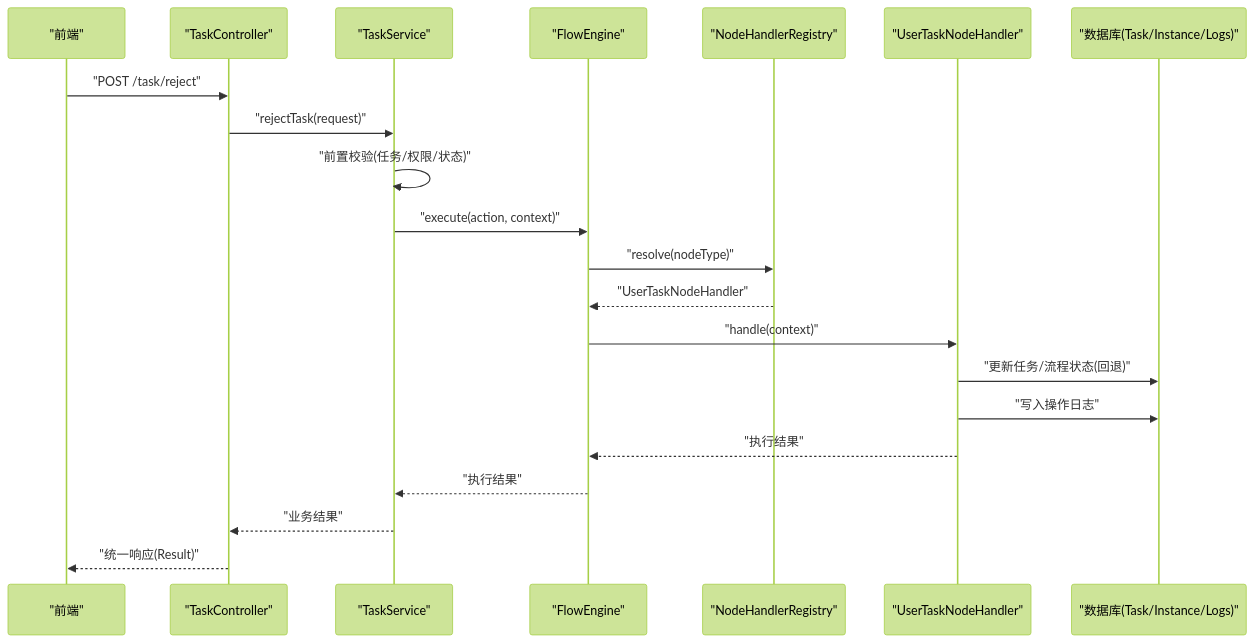
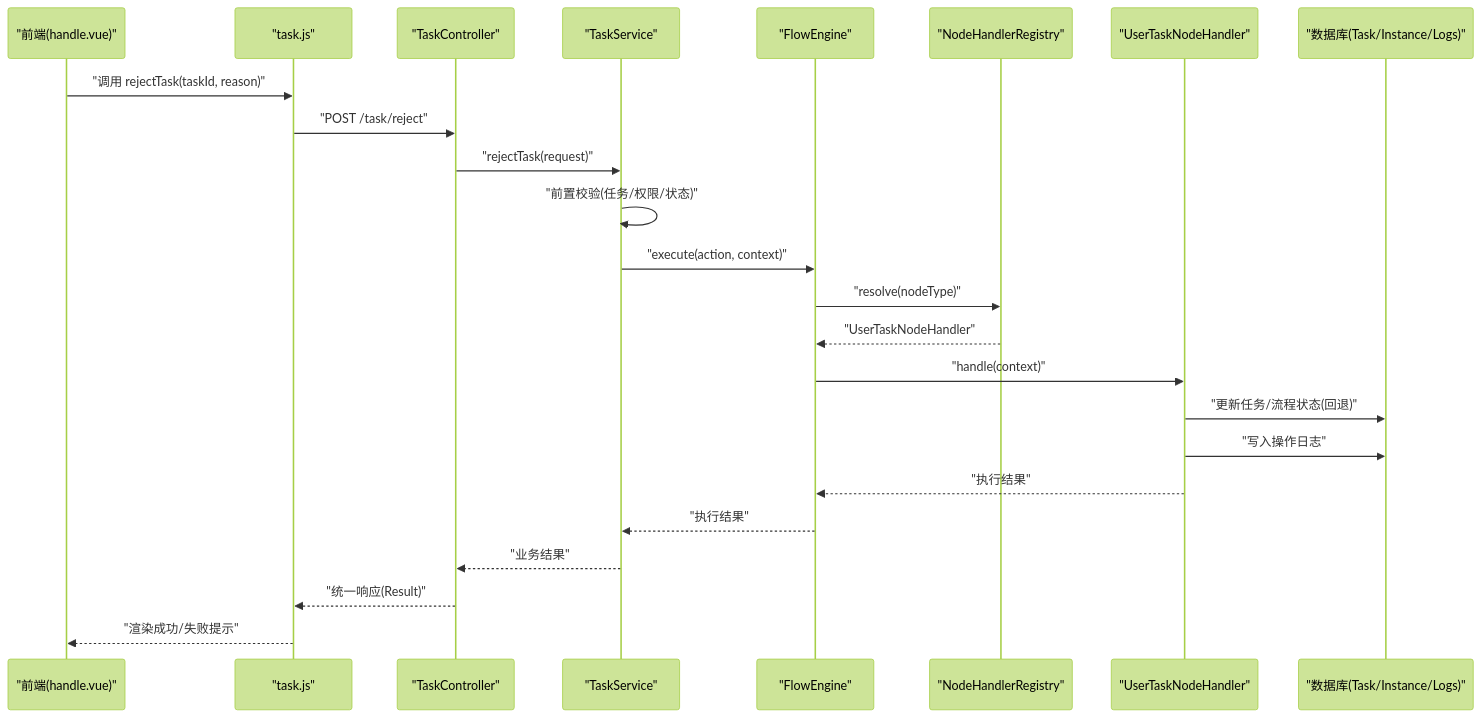
Before and after one commit to liming-lihaini/workflow: the second of 10 diagrams in .qoder/repowiki/zh/content/任务管理/任务操作处理/任务操作处理.md, drawn with Mermaid (forest theme). The commit also changed other lines of this file and 49 other files, not shown here.

````diff
--- a/.qoder/repowiki/zh/content/任务管理/任务操作处理/任务操作处理.md
+++ b/.qoder/repowiki/zh/content/任务管理/任务操作处理/任务操作处理.md
@@ -174,23 +182,26 @@
 ```mermaid
 sequenceDiagram
-participant FE as "前端"
+participant UI as "前端(handle.vue)"
+participant Api as "task.js"
 participant Ctrl as "TaskController"
 participant Svc as "TaskService"
 participant Eng as "FlowEngine"
 participant Reg as "NodeHandlerRegistry"
 participant Handler as "UserTaskNodeHandler"
 participant DB as "数据库(Task/Instance/Logs)"
-FE->>Ctrl : "POST /task/reject"
+UI->>Api : "调用 rejectTask(taskId, reason)"
+Api->>Ctrl : "POST /task/reject"
 Ctrl->>Svc : "rejectTask(request)"
 Svc->>Svc : "前置校验(任务/权限/状态)"
 Svc->>Eng : "execute(action, context)"
 Eng->>Reg : "resolve(nodeType)"
 Reg-->>Eng : "UserTaskNodeHandler"
 Eng->>Handler : "handle(context)"
 Handler->>DB : "更新任务/流程状态(回退)"
 Handler->>DB : "写入操作日志"
 Handler-->>Eng : "执行结果"
 Eng-->>Svc : "执行结果"
 Svc-->>Ctrl : "业务结果"
-Ctrl-->>FE : "统一响应(Result)"
+Ctrl-->>Api : "统一响应(Result)"
+Api-->>UI : "渲染成功/失败提示"
 ```
````
